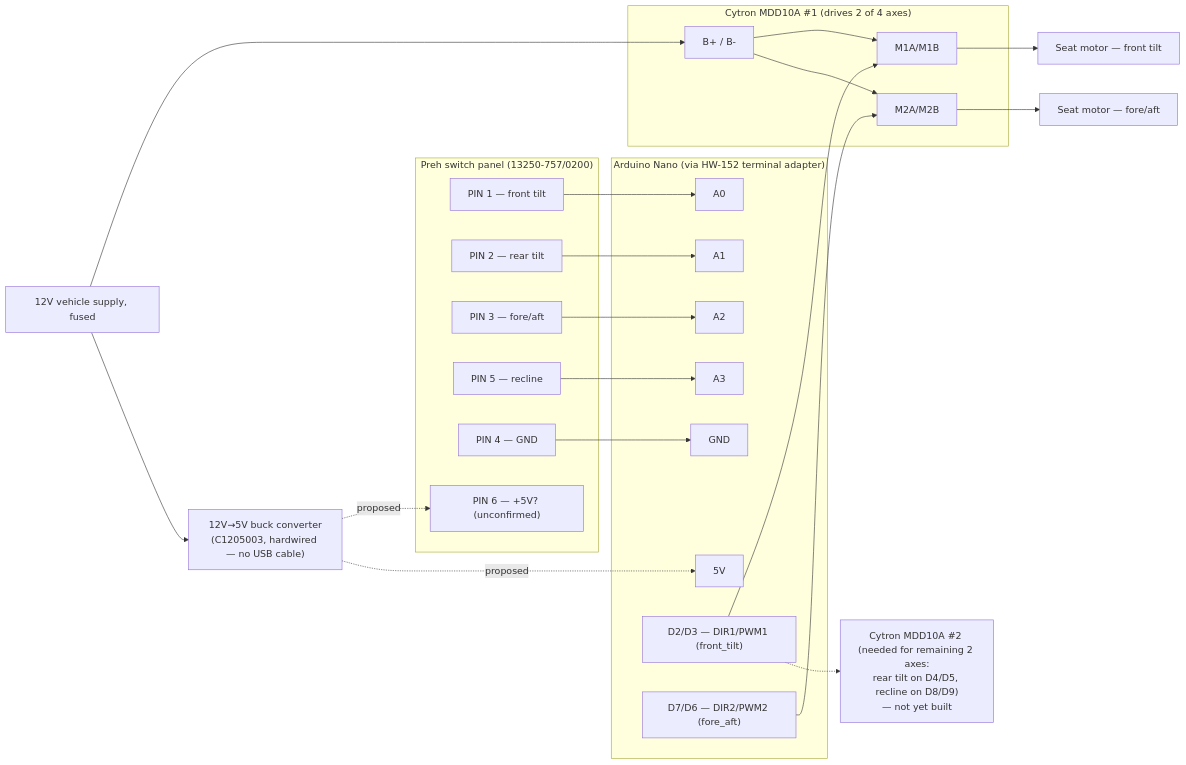
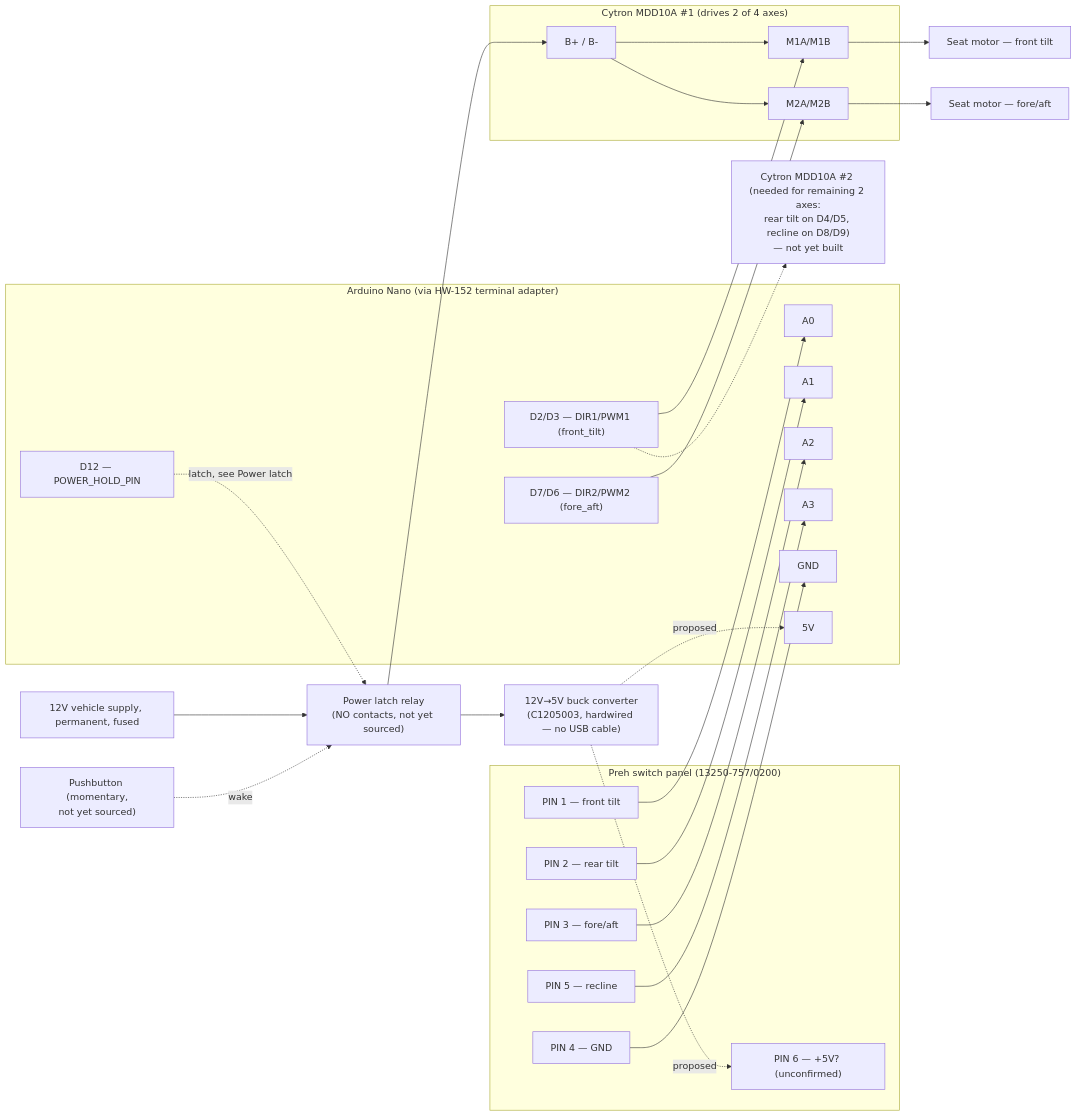
The diagram in README.md (nodecentral/Audi-Seat-Controller-Arduino-Project), drawn with Mermaid before and after one commit. The commit also changed other lines of this file and 1 other file, not shown here.

First line of the commit message:
Add power latch design to solve standby battery drain

````diff
--- a/README.md
+++ b/README.md
@@ -169,52 +171,56 @@
 ```mermaid
 flowchart LR
     subgraph SWITCH["Preh switch panel (13250-757/0200)"]
         P1["PIN 1 — front tilt"]
         P2["PIN 2 — rear tilt"]
         P3["PIN 3 — fore/aft"]
         P5["PIN 5 — recline"]
         P4["PIN 4 — GND"]
         P6["PIN 6 — +5V? (unconfirmed)"]
     end
 
     subgraph NANO["Arduino Nano (via HW-152 terminal adapter)"]
         A0["A0"]
         A1["A1"]
         A2["A2"]
         A3["A3"]
         GND1["GND"]
         FIVEV["5V"]
         CTRL1["D2/D3 — DIR1/PWM1 (front_tilt)"]
         CTRL2["D7/D6 — DIR2/PWM2 (fore_aft)"]
+        HOLD["D12 — POWER_HOLD_PIN"]
     end
 
     subgraph DRV1["Cytron MDD10A #1 (drives 2 of 4 axes)"]
         M1["M1A/M1B"]
         M2["M2A/M2B"]
         BSUP["B+ / B-"]
     end
 
     P1 --> A0
     P2 --> A1
     P3 --> A2
     P5 --> A3
     P4 --> GND1
     REG -. proposed .-> P6
     REG -. proposed .-> FIVEV
 
     CTRL1 --> M1
     CTRL2 --> M2
 
     MOT1["Seat motor — front tilt"]
     MOT2["Seat motor — fore/aft"]
     M1 --> MOT1
     M2 --> MOT2
 
-    BATT["12V vehicle supply, fused"] --> BSUP
-    BATT --> REG["12V→5V buck converter<br/>(C1205003, hardwired — no USB cable)"]
+    BATT["12V vehicle supply, permanent, fused"] --> RELAY["Power latch relay<br/>(NO contacts, not yet sourced)"]
+    RELAY --> BSUP
+    RELAY --> REG["12V→5V buck converter<br/>(C1205003, hardwired — no USB cable)"]
+    PBTN["Pushbutton (momentary,<br/>not yet sourced)"] -. wake .-> RELAY
+    HOLD -. latch, see Power latch .-> RELAY
     BSUP --> M1
     BSUP --> M2
 
     DRV2["Cytron MDD10A #2 (needed for remaining 2 axes:<br/>rear tilt on D4/D5, recline on D8/D9)<br/>— not yet built"]
     CTRL1 -.-> DRV2
 ```
````
